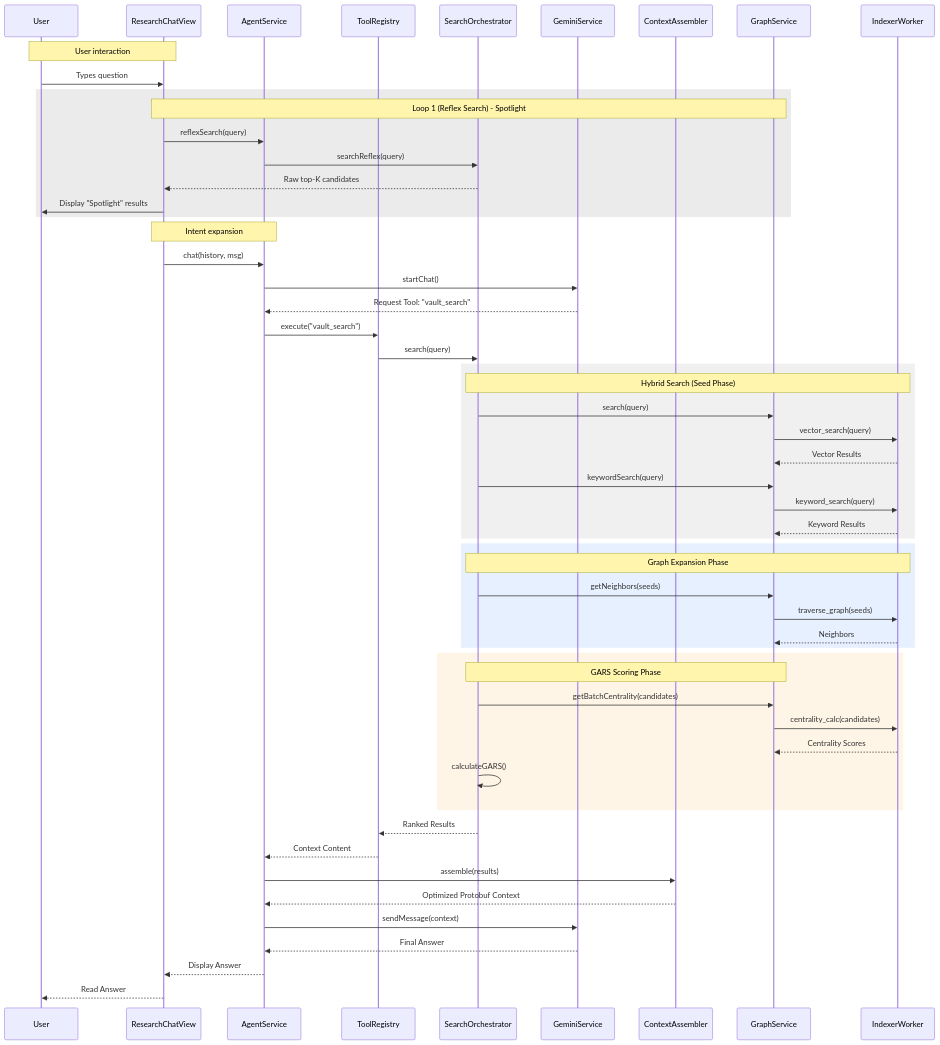
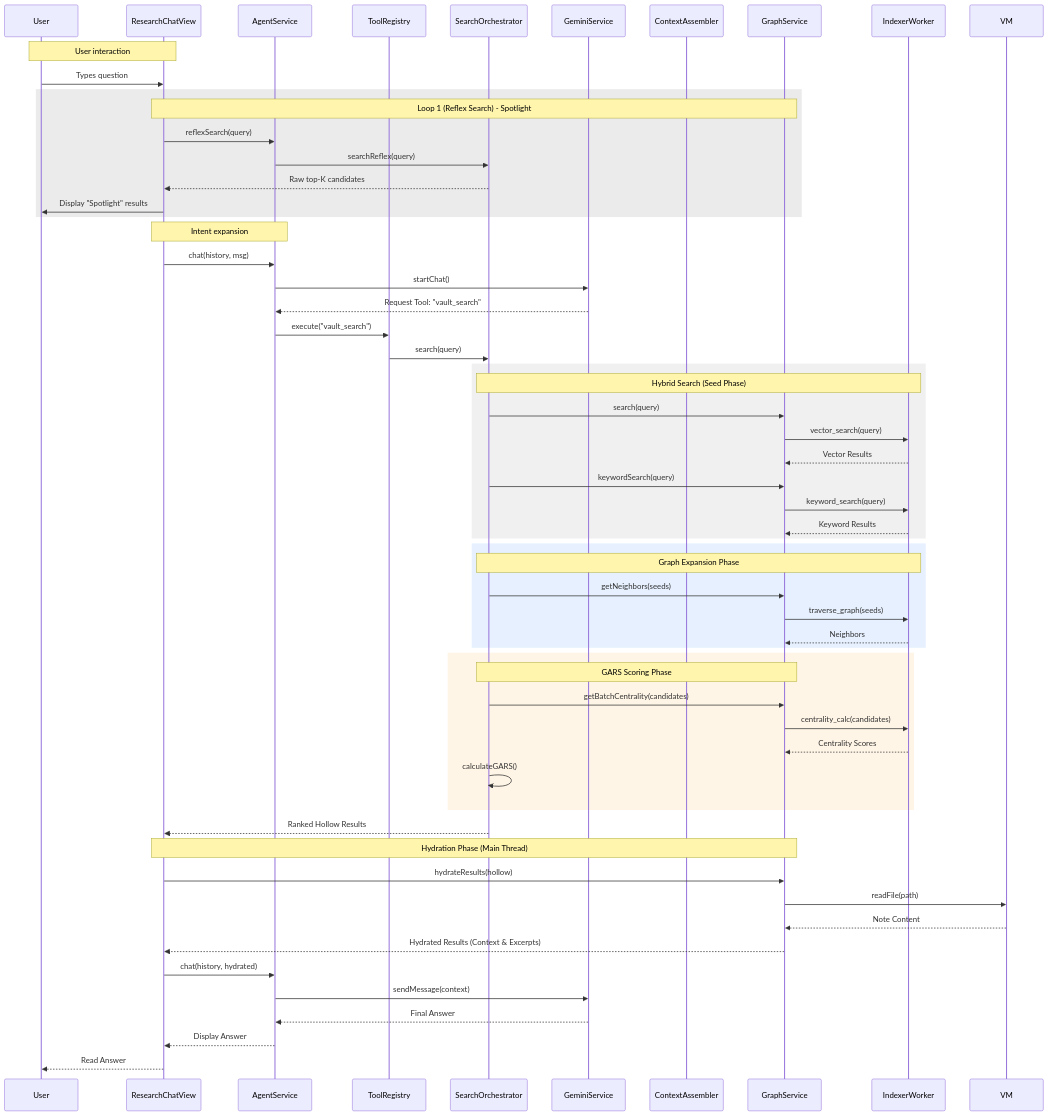
One commit to cybaea/obsidian-vault-intelligence changed the third of 8 diagrams in devs/ARCHITECTURE.md. Above: the diagram before and after it, drawn with Mermaid. The commit also changed other lines of this file and 15 other files, not shown here.

````diff
--- a/devs/ARCHITECTURE.md
+++ b/devs/ARCHITECTURE.md
@@ -136,64 +140,68 @@
 ```mermaid
 sequenceDiagram
     participant U as User
     participant V as ResearchChatView
     participant A as AgentService
     participant TR as ToolRegistry
     participant S as SearchOrchestrator
     participant G as GeminiService
     participant CA as ContextAssembler
     participant GS as GraphService
     participant IW as IndexerWorker
 
     Note over U,V: User interaction
     U->>V: Types question
     
     rect rgb(235, 235, 235)
     Note over V,GS: Loop 1 (Reflex Search) - Spotlight
     V->>A: reflexSearch(query)
     A->>S: searchReflex(query)
     S-->>V: Raw top-K candidates
     V->>U: Display "Spotlight" results
     end
 
     Note over V,A: Intent expansion
     V->>A: chat(history, msg)
     A->>G: startChat()
     G-->>A: Request Tool: "vault_search"
     A->>TR: execute("vault_search")
     TR->>S: search(query)
 
     rect rgb(240, 240, 240)
     Note over S,IW: Hybrid Search (Seed Phase)
     S->>GS: search(query)
     GS->>IW: vector_search(query)
     IW-->>GS: Vector Results
     S->>GS: keywordSearch(query)
     GS->>IW: keyword_search(query)
     IW-->>GS: Keyword Results
     end
 
     rect rgb(230, 240, 255)
     Note over S,IW: Graph Expansion Phase
     S->>GS: getNeighbors(seeds)
     GS->>IW: traverse_graph(seeds)
     IW-->>GS: Neighbors
     end
-
+ 
     rect rgb(255, 245, 230)
     Note over S,GS: GARS Scoring Phase
     S->>GS: getBatchCentrality(candidates)
     GS->>IW: centrality_calc(candidates)
     IW-->>GS: Centrality Scores
     S->>S: calculateGARS()
     end
-
-    S-->>TR: Ranked Results
-    TR-->>A: Context Content
-    A->>CA: assemble(results)
-    CA-->>A: Optimized Protobuf Context
+ 
+    S-->>V: Ranked Hollow Results
+    Note over V,GS: Hydration Phase (Main Thread)
+    V->>GS: hydrateResults(hollow)
+    GS->>VM: readFile(path)
+    VM-->>GS: Note Content
+    GS-->>V: Hydrated Results (Context & Excerpts)
+    
+    V->>A: chat(history, hydrated)
     A->>G: sendMessage(context)
     G-->>A: Final Answer
     A-->>V: Display Answer
     V-->>U: Read Answer
 ```
````
